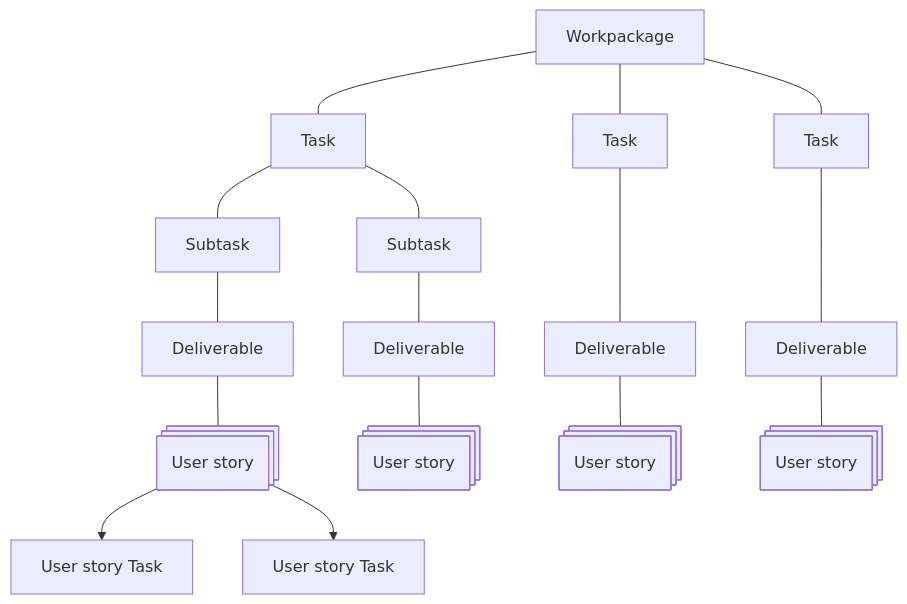
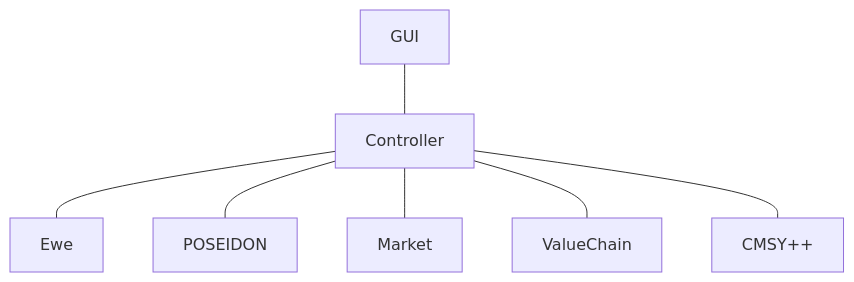
Before and after one commit to SURIMI-Project/SURIMI-project: the diagram in ContextDiagram.md, drawn with Mermaid. The commit also changed other lines of this file, not shown here.

Commit message:
Revise SURIMI context diagram and documentation
Updated the context diagram and related descriptions for the SURIMI project.

````diff
--- a/ContextDiagram.md
+++ b/ContextDiagram.md
@@ -13,24 +4,15 @@
 ```mermaid
 
 
 flowchart TD
-    Workpackage1["Workpackage"] --- Task1["Task"]
-    Workpackage1["Workpackage"] --- Task2["Task"]
-    Workpackage1["Workpackage"] --- Task3["Task"]
-    Task1["Task"] --- Subtask1["Subtask"]
-    Task1["Task"] --- Subtask2["Subtask"]
-    Subtask1["Subtask"] --- Deliverable1["Deliverable"]
-    Subtask2["Subtask"] --- Deliverable2["Deliverable"]
-    Deliverable1 --- A@{ shape: processes, label: "User story" }
-    Deliverable2 --- B@{ shape: processes, label: "User story" }
-    Task2["Task"] ---- Deliverable3["Deliverable"]
-    Deliverable3 --- C@{ shape: processes, label: "User story" }
-    Task3["Task"] ---- Deliverable4["Deliverable"]
-    Deliverable4 --- D@{ shape: processes, label: "User story" }
+    GUI1["GUI"] --- Controller1["Controller"]
+    Controller1["Controller"] --- Task1["Ewe"]
+    Controller1["Controller"] --- Task2["POSEIDON"]
+    Controller1["Controller"] --- Task3["Market"]
+    Controller1["Controller"] --- Task4["ValueChain"]
+    Controller1["Controller"] --- Task5["CMSY++"]
 
 
-    %% Nieuwe blokken onder de linker User story
-    A --> A1["User story Task"]
-    A --> A2["User story Task"] 
+
 
 ```
````
